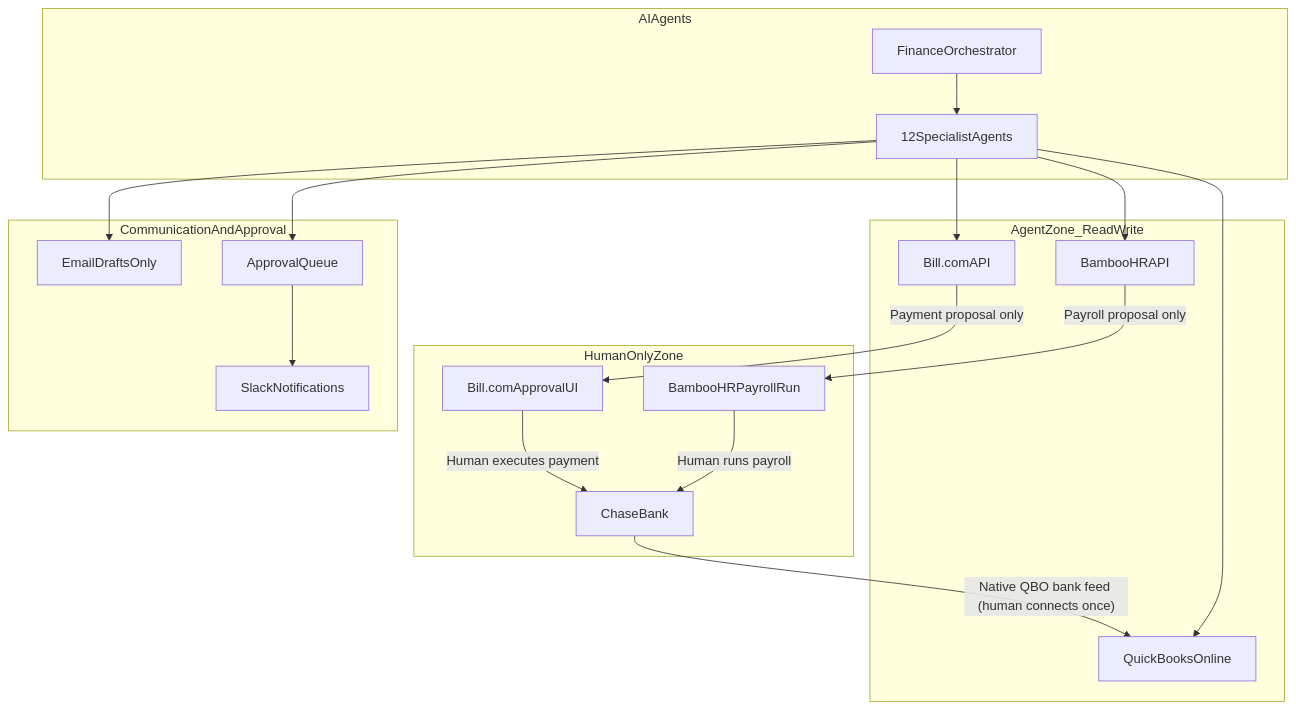
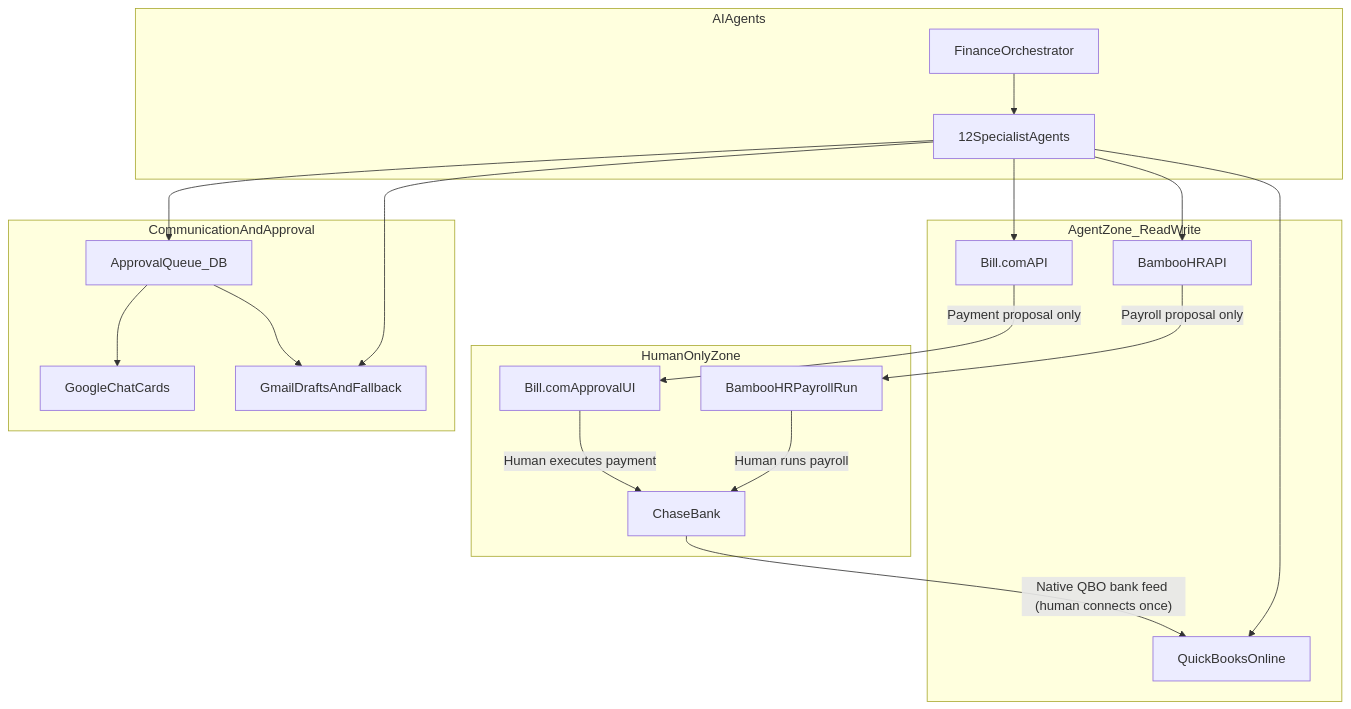
One commit to wrexlindsay58/Cozy-AI-Agents changed the first of 4 diagrams in docs/FINANCE_ARCHITECTURE.md. Above: the diagram before and after it, drawn with Mermaid. The commit also changed other lines of this file, not shown here.

Commit message:
Replace Slack with Google Chat and Gmail for approval queue

````diff
--- a/docs/FINANCE_ARCHITECTURE.md
+++ b/docs/FINANCE_ARCHITECTURE.md
@@ -19,39 +19,40 @@
 ```mermaid
 flowchart TB
     subgraph humanOnly [HumanOnlyZone]
         Chase[ChaseBank]
         BillApprove[Bill.comApprovalUI]
         BambooApprove[BambooHRPayrollRun]
     end
 
     subgraph agentZone [AgentZone_ReadWrite]
         QBO[QuickBooksOnline]
         BillAPI[Bill.comAPI]
         BambooAPI[BambooHRAPI]
     end
 
     subgraph agents [AIAgents]
         Orch[FinanceOrchestrator]
         Specialists[12SpecialistAgents]
     end
 
     subgraph comms [CommunicationAndApproval]
-        Slack[SlackNotifications]
-        EmailDrafts[EmailDraftsOnly]
-        ApprovalQueue[ApprovalQueue]
+        GChat[GoogleChatCards]
+        EmailDrafts[GmailDraftsAndFallback]
+        ApprovalQueue[ApprovalQueue_DB]
     end
 
     Chase -->|"Native QBO bank feed (human connects once)"| QBO
     Orch --> Specialists
     Specialists --> QBO
     Specialists --> BillAPI
     Specialists --> BambooAPI
     Specialists --> ApprovalQueue
-    ApprovalQueue --> Slack
+    ApprovalQueue --> GChat
+    ApprovalQueue --> EmailDrafts
     Specialists --> EmailDrafts
 
     BillAPI -->|"Payment proposal only"| BillApprove
     BambooAPI -->|"Payroll proposal only"| BambooApprove
     BillApprove -->|"Human executes payment"| Chase
     BambooApprove -->|"Human runs payroll"| Chase
 ```
````
